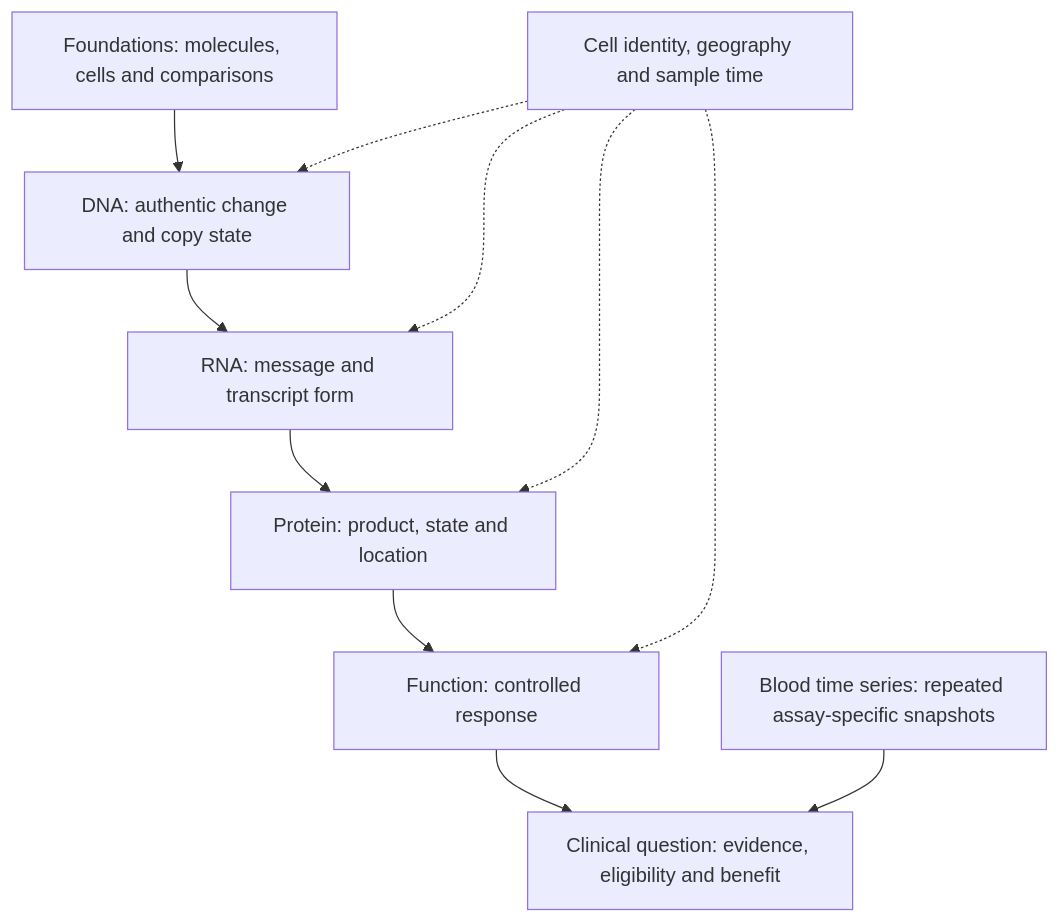
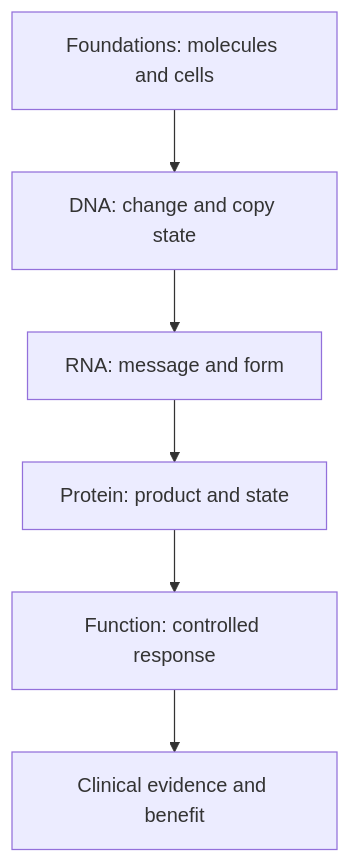
One commit to jasonLaster/oncoguide changed the diagram in wiki/education/reading-a-tumor/omics-and-multi-omics.md. Above: the diagram before and after it, drawn with Mermaid. The commit also changed other lines of this file and 34 other files, not shown here.

````diff
--- a/wiki/education/reading-a-tumor/omics-and-multi-omics.md
+++ b/wiki/education/reading-a-tumor/omics-and-multi-omics.md
@@ -32,13 +32,8 @@
 ```mermaid
 flowchart TD
-  A["Foundations: molecules, cells and comparisons"] --> B["DNA: authentic change and copy state"]
-  B --> C["RNA: message and transcript form"]
-  C --> D["Protein: product, state and location"]
+  A["Foundations: molecules and cells"] --> B["DNA: change and copy state"]
+  B --> C["RNA: message and form"]
+  C --> D["Protein: product and state"]
   D --> E["Function: controlled response"]
-  S["Cell identity, geography and sample time"] -.-> B
-  S -.-> C
-  S -.-> D
-  S -.-> E
-  E --> Q["Clinical question: evidence, eligibility and benefit"]
-  T["Blood time series: repeated assay-specific snapshots"] --> Q
+  E --> Q["Clinical evidence and benefit"]
 ```
````
